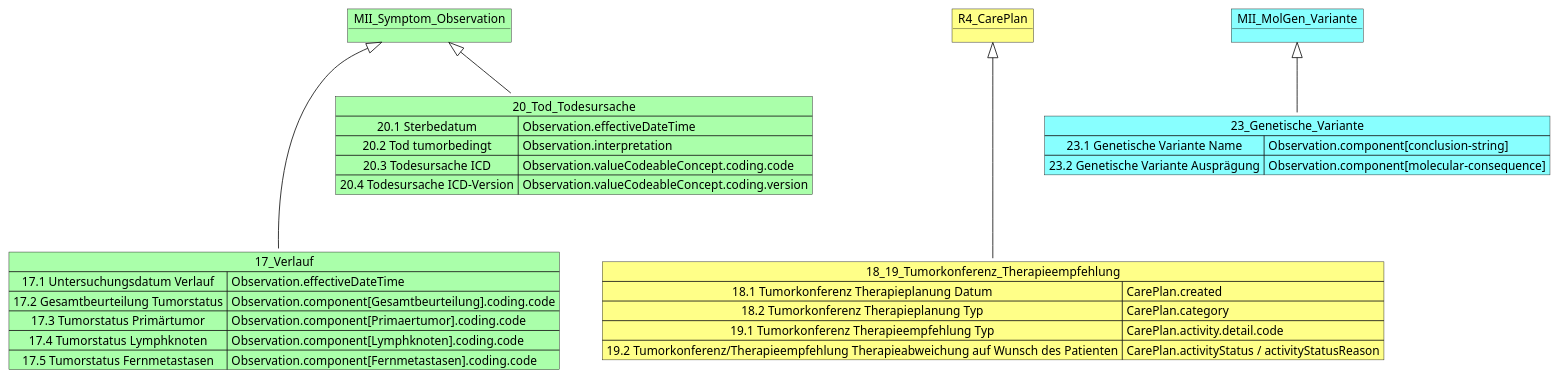
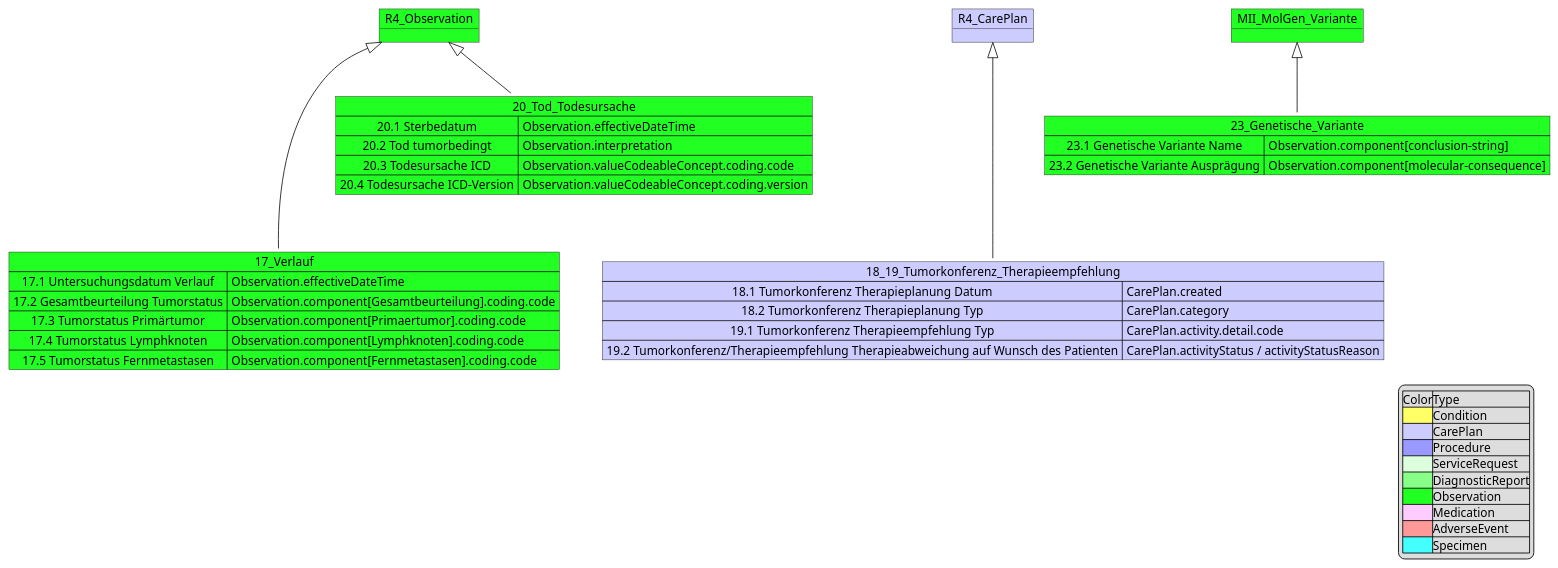
Before and after one commit to medizininformatik-initiative/kerndatensatzmodul-onkologie: the diagram in information_model/MII_Onko_17-20_23_Others.pu, drawn with PlantUML. The commit also changed 8 other files, not shown here.

```diff
--- a/information_model/MII_Onko_17-20_23_Others.pu
+++ b/information_model/MII_Onko_17-20_23_Others.pu
@@ -1,40 +1,51 @@
 @startuml MII KDS Erweiterungsmodul Onkologie
-object MII_Symptom_Observation #AAFFAA
-Map 17_Verlauf #AAFFAA{
+object R4_Observation #22FF22
+Map 17_Verlauf #22FF22{
     17.1 Untersuchungsdatum Verlauf => Observation.effectiveDateTime
     17.2 Gesamtbeurteilung Tumorstatus => Observation.component[Gesamtbeurteilung].coding.code
     17.3 Tumorstatus Primärtumor => Observation.component[Primaertumor].coding.code
     17.4 Tumorstatus Lymphknoten => Observation.component[Lymphknoten].coding.code
     17.5 Tumorstatus Fernmetastasen => Observation.component[Fernmetastasen].coding.code
 
 }
-MII_Symptom_Observation <|-down-- 17_Verlauf
+R4_Observation <|-down-- 17_Verlauf
 
-object R4_CarePlan #FFFF88
-Map 18_19_Tumorkonferenz_Therapieempfehlung #FFFF88{
+object R4_CarePlan #CCCCFF
+Map 18_19_Tumorkonferenz_Therapieempfehlung #CCCCFF{
     18.1 Tumorkonferenz Therapieplanung Datum => CarePlan.created
     18.2 Tumorkonferenz Therapieplanung Typ => CarePlan.category
     19.1 Tumorkonferenz Therapieempfehlung Typ => CarePlan.activity.detail.code
     19.2 Tumorkonferenz/Therapieempfehlung Therapieabweichung auf Wunsch des Patienten => CarePlan.activityStatus / activityStatusReason
 }
 R4_CarePlan <|-down-- 18_19_Tumorkonferenz_Therapieempfehlung
 
-Map 20_Tod_Todesursache #AAFFAA {
+Map 20_Tod_Todesursache #22FF22 {
  20.1 Sterbedatum => Observation.effectiveDateTime 
  20.2 Tod tumorbedingt => Observation.interpretation
  20.3 Todesursache ICD  => Observation.valueCodeableConcept.coding.code
  20.4 Todesursache ICD-Version => Observation.valueCodeableConcept.coding.version
  } 
-MII_Symptom_Observation <|-down- 20_Tod_Todesursache
+R4_Observation <|-down- 20_Tod_Todesursache
 
-object MII_MolGen_Variante #88FFFF
-Map 23_Genetische_Variante #88FFFF {
+object MII_MolGen_Variante #22FF22
+Map 23_Genetische_Variante #22FF22 {
     23.1 Genetische Variante Name => Observation.component[conclusion-string]
     23.2 Genetische Variante Ausprägung => Observation.component[molecular-consequence]
 }
 
 MII_MolGen_Variante <|-down- 23_Genetische_Variante
 
-
+legend right 
+|Color|Type|
+|<#FFFF66>|Condition|
+|<#CCCCFF>|CarePlan|
+|<#9999FF>|Procedure|
+|<#DDFFDD>|ServiceRequest|
+|<#88FF88>|DiagnosticReport|
+|<#22FF22>|Observation|
+|<#FFCCFF>|Medication|
+|<#FF9999>|AdverseEvent|
+|<#44FFFF>|Specimen|
+endlegend
 
 @enduml
```
